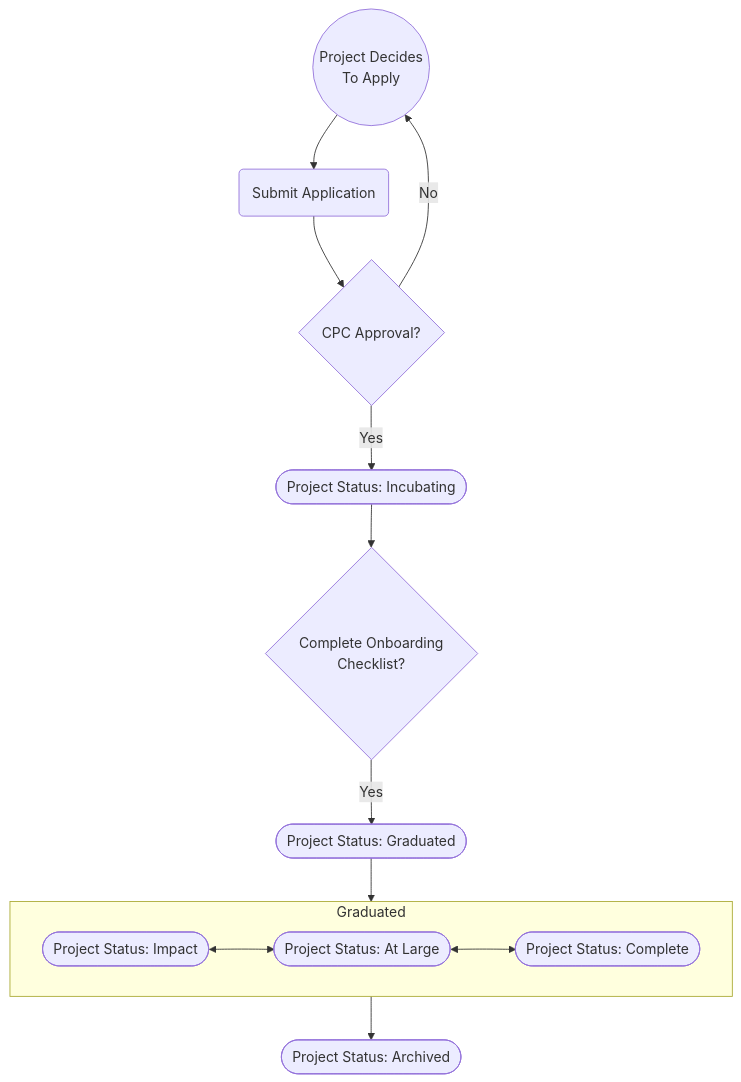
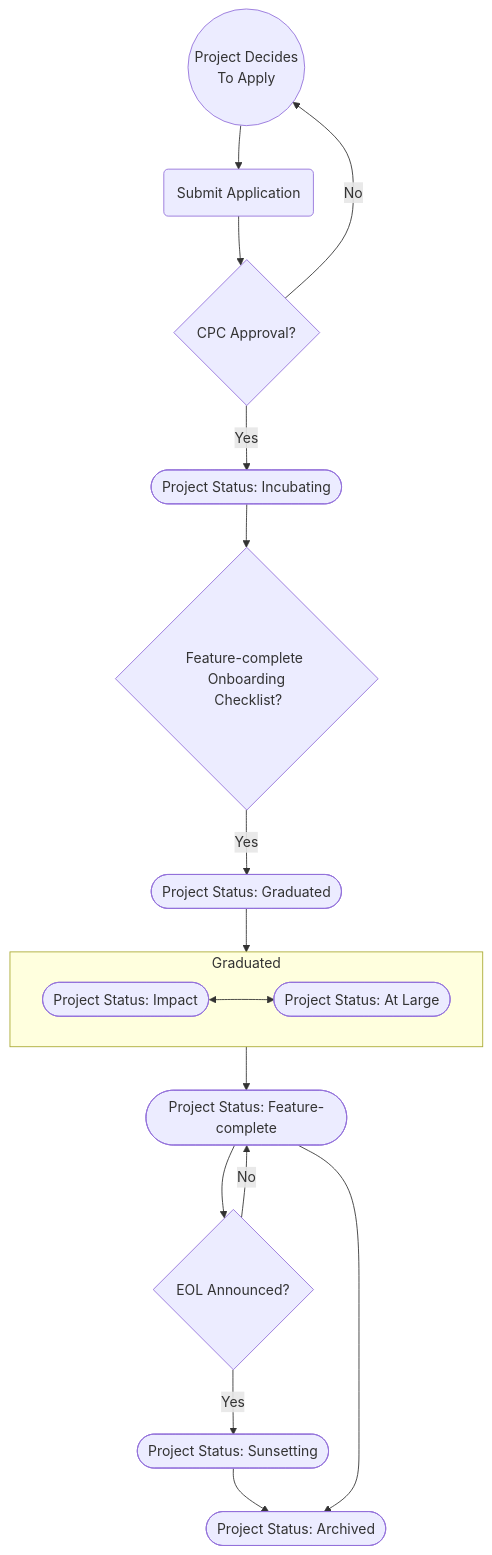
One commit to openjs-foundation/cross-project-council changed the diagram in PROJECT_PROGRESSION.md. Above: the diagram before and after it, drawn with Mermaid. The commit also changed other lines of this file, not shown here.

First line of the commit message:
Rename "Complete" project stage to "Feature-complete", add new "Sunsetting" stage

````diff
--- a/PROJECT_PROGRESSION.md
+++ b/PROJECT_PROGRESSION.md
@@ -17,18 +17,22 @@
 ```mermaid
 
 flowchart TD
     A((Project Decides\nTo Apply)) --> 
     B(Submit Application)
     B --> C{CPC Approval?}    
     C --> |No|A
     C --> |Yes|D([Project Status: Incubating])
-    D --> E{Complete Onboarding\n Checklist?}
+    D --> E{Feature-complete Onboarding\n Checklist?}
     E --> |Yes|F([Project Status: Graduated])
     F --> Graduated 
     subgraph Graduated
        direction LR
        a([Project Status: Impact]) <--> b([Project Status: At Large])
-       b <--> c([Project Status: Complete])
     end
-    Graduated --> I([Project Status: Archived])
+    Graduated --> G([Project Status: Feature-complete])
+    G --> J{EOL Announced?}
+    J --> |Yes| H([Project Status: Sunsetting])
+    J --> |No| G
+    H --> I([Project Status: Archived])
+    G --> I
 ```
````
